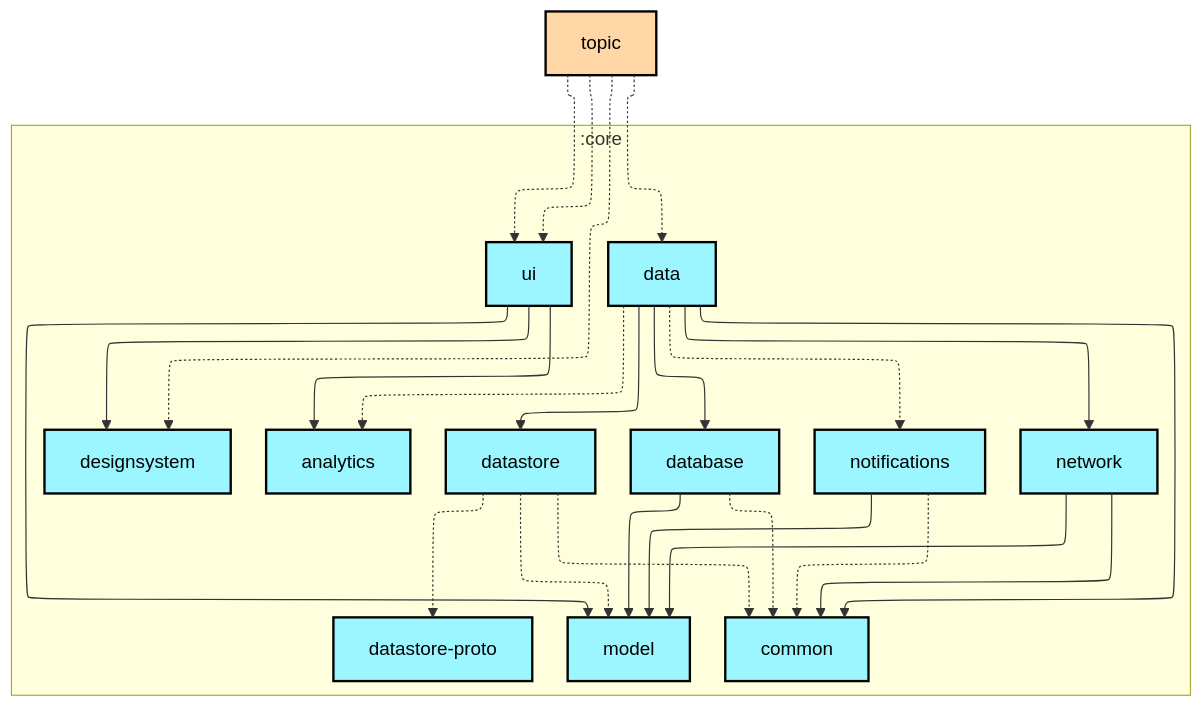
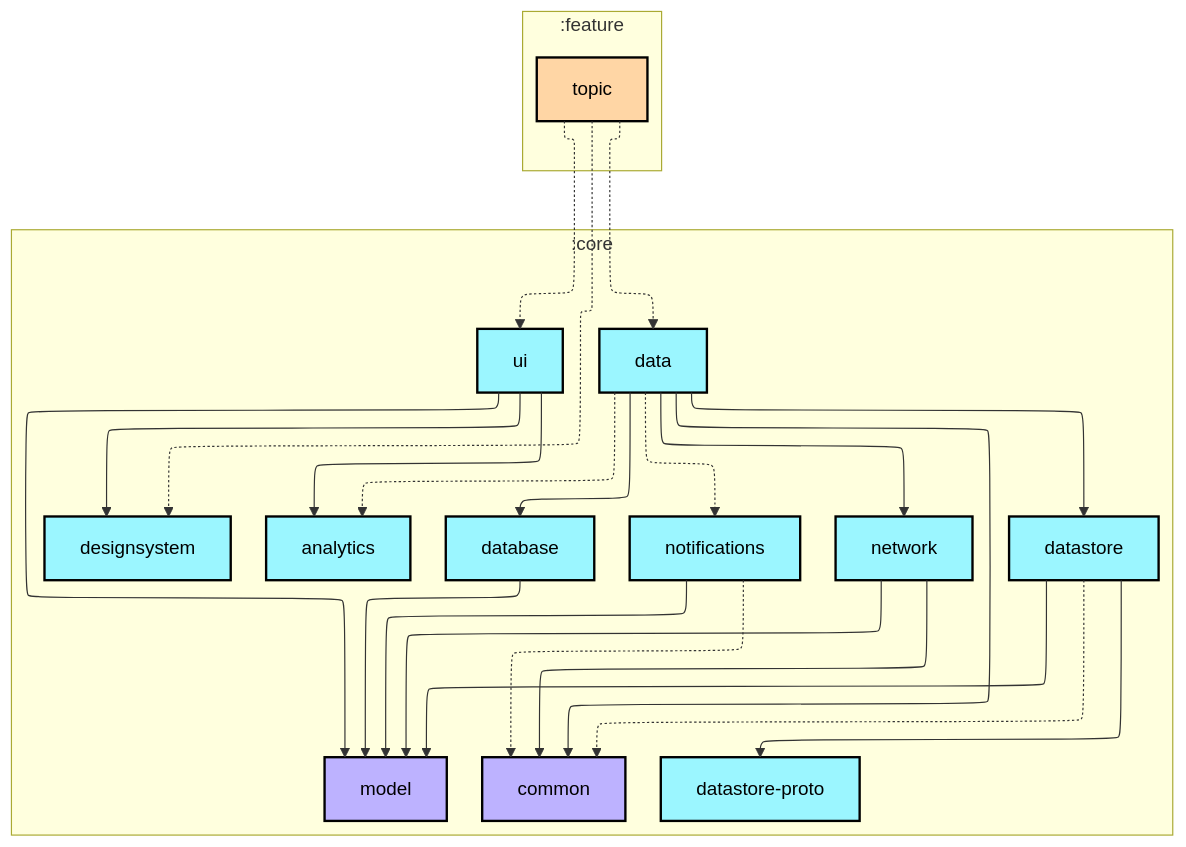
One commit to lihenggui/nowinkmp changed the first of 2 diagrams in feature/topic/README.md. Above: the diagram before and after it, drawn with Mermaid. The commit also changed other lines of this file and 26 other files, not shown here.

First line of the commit message:
Revert "Updates module graphs"

````diff
--- a/feature/topic/README.md
+++ b/feature/topic/README.md
@@ -6,54 +6,55 @@
 ```mermaid
 ---
 config:
   layout: elk
   elk:
     nodePlacementStrategy: SIMPLE
 ---
 graph TB
   subgraph :core
     direction TB
-    :core:analytics[analytics]:::kmp-library
-    :core:common[common]:::kmp-library
-    :core:data[data]:::kmp-library
-    :core:database[database]:::kmp-library
-    :core:datastore[datastore]:::kmp-library
-    :core:datastore-proto[datastore-proto]:::kmp-library
-    :core:designsystem[designsystem]:::kmp-library
-    :core:model[model]:::kmp-library
-    :core:network[network]:::kmp-library
-    :core:notifications[notifications]:::kmp-library
-    :core:ui[ui]:::kmp-library
+    :core:analytics[analytics]:::android-library
+    :core:common[common]:::jvm-library
+    :core:data[data]:::android-library
+    :core:database[database]:::android-library
+    :core:datastore[datastore]:::android-library
+    :core:datastore-proto[datastore-proto]:::android-library
+    :core:designsystem[designsystem]:::android-library
+    :core:model[model]:::jvm-library
+    :core:network[network]:::android-library
+    :core:notifications[notifications]:::android-library
+    :core:ui[ui]:::android-library
   end
-  :feature:topic[topic]:::cmp-feature
+  subgraph :feature
+    direction TB
+    :feature:topic[topic]:::android-feature
+  end
 
   :core:data -.-> :core:analytics
   :core:data --> :core:common
   :core:data --> :core:database
   :core:data --> :core:datastore
   :core:data --> :core:network
   :core:data -.-> :core:notifications
-  :core:database -.-> :core:common
   :core:database --> :core:model
   :core:datastore -.-> :core:common
-  :core:datastore -.-> :core:datastore-proto
-  :core:datastore -.-> :core:model
+  :core:datastore --> :core:datastore-proto
+  :core:datastore --> :core:model
   :core:network --> :core:common
   :core:network --> :core:model
   :core:notifications -.-> :core:common
   :core:notifications --> :core:model
   :core:ui --> :core:analytics
   :core:ui --> :core:designsystem
   :core:ui --> :core:model
   :feature:topic -.-> :core:data
   :feature:topic -.-> :core:designsystem
   :feature:topic -.-> :core:ui
-  :feature:topic -.-> :core:ui
 
-classDef cmp-application fill:#CAFFBF,stroke:#000,stroke-width:2px,color:#000;
-classDef cmp-feature fill:#FFD6A5,stroke:#000,stroke-width:2px,color:#000;
-classDef kmp-library fill:#9BF6FF,stroke:#000,stroke-width:2px,color:#000;
+classDef android-application fill:#CAFFBF,stroke:#000,stroke-width:2px,color:#000;
+classDef android-feature fill:#FFD6A5,stroke:#000,stroke-width:2px,color:#000;
+classDef android-library fill:#9BF6FF,stroke:#000,stroke-width:2px,color:#000;
+classDef android-test fill:#A0C4FF,stroke:#000,stroke-width:2px,color:#000;
 classDef jvm-library fill:#BDB2FF,stroke:#000,stroke-width:2px,color:#000;
-classDef android-test fill:#A0C4FF,stroke:#000,stroke-width:2px,color:#000;
 classDef unknown fill:#FFADAD,stroke:#000,stroke-width:2px,color:#000;
 ```
````
